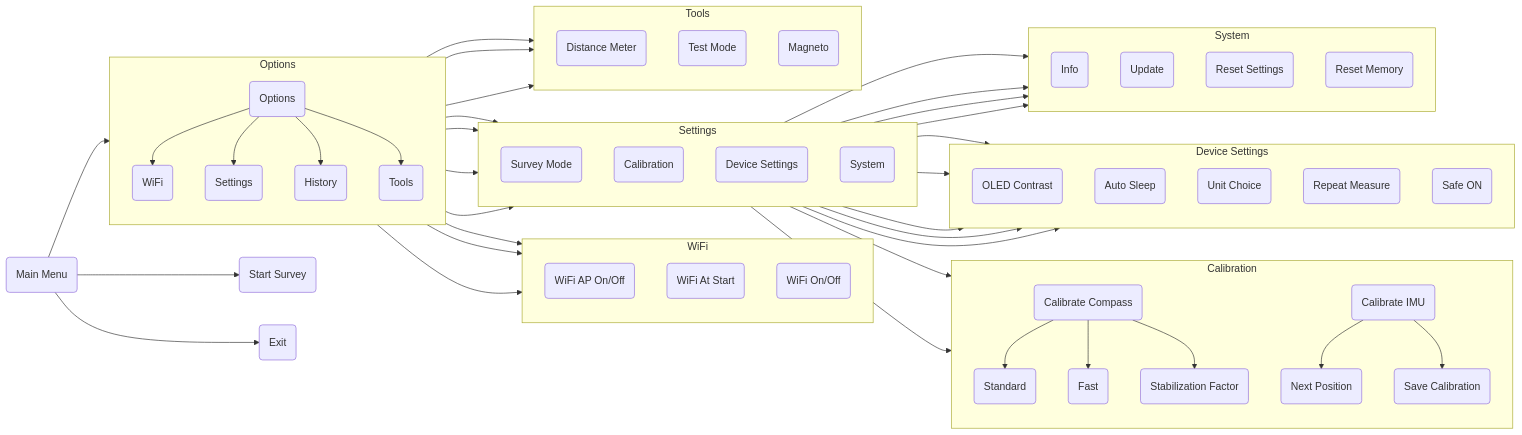
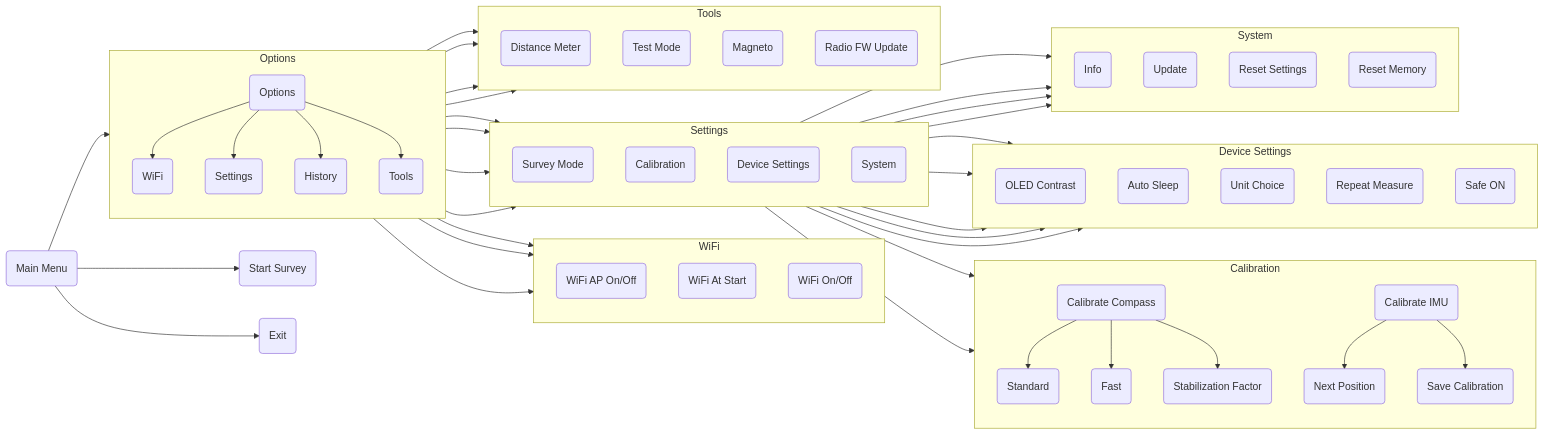
One commit to SebKister/JedEye-Documentation changed the diagram in website/docs/Menus-Overview.md. Above: the diagram before and after it, drawn with Mermaid. The commit also changed 6 other files, not shown here.

````diff
--- a/website/docs/Menus-Overview.md
+++ b/website/docs/Menus-Overview.md
@@ -110,9 +110,11 @@
         DistMeter(Distance Meter)
         TestMode(Test Mode)
         Magneto(Magneto)
-        
+        RadioFW(Radio FW Update)
+
         Tools --> DistMeter
         Tools --> TestMode
         Tools --> Magneto
+        Tools --> RadioFW
     end
 ```
````
